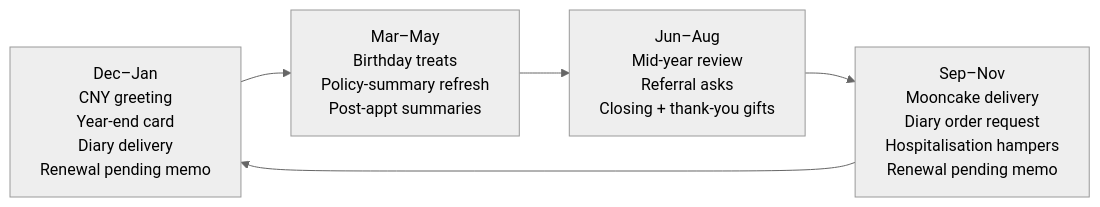
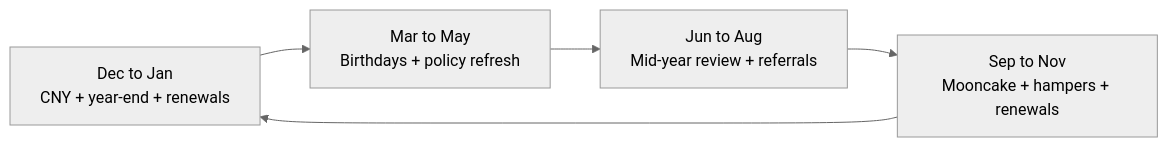
One commit to leotansingapore/aia-product-compass-hub changed the second of 2 diagrams in docs/first-60-days/week-10/day-60.md. Above: the diagram before and after it, drawn with Mermaid (neutral theme). The commit also changed 7 other files, not shown here.

Commit message:
Mermaid diagrams on days 6, 37, 45, 51, 54, 58, 59, 60 now render — numeric list prefixes and dense calendar labels were triggering strict-mode rejections

````diff
--- a/docs/first-60-days/week-10/day-60.md
+++ b/docs/first-60-days/week-10/day-60.md
@@ -240,7 +240,7 @@
 ```mermaid
 flowchart LR
-    J[Dec–Jan<br/>CNY greeting<br/>Year-end card<br/>Diary delivery<br/>Renewal pending memo] --> M[Mar–May<br/>Birthday treats<br/>Policy-summary refresh<br/>Post-appt summaries]
-    M --> J2[Jun–Aug<br/>Mid-year review<br/>Referral asks<br/>Closing + thank-you gifts]
-    J2 --> S[Sep–Nov<br/>Mooncake delivery<br/>Diary order request<br/>Hospitalisation hampers<br/>Renewal pending memo]
+    J["Dec to Jan<br/>CNY + year-end + renewals"] --> M["Mar to May<br/>Birthdays + policy refresh"]
+    M --> J2["Jun to Aug<br/>Mid-year review + referrals"]
+    J2 --> S["Sep to Nov<br/>Mooncake + hampers + renewals"]
     S --> J
 ```
````
